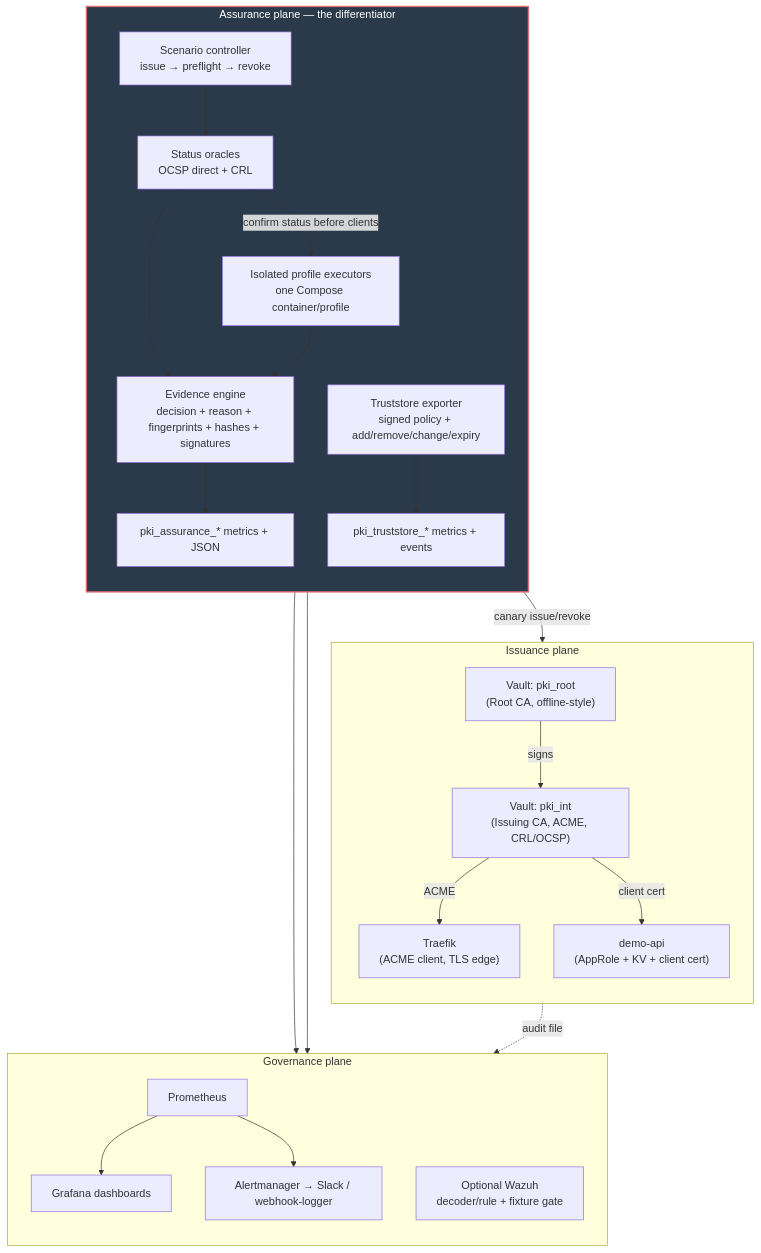
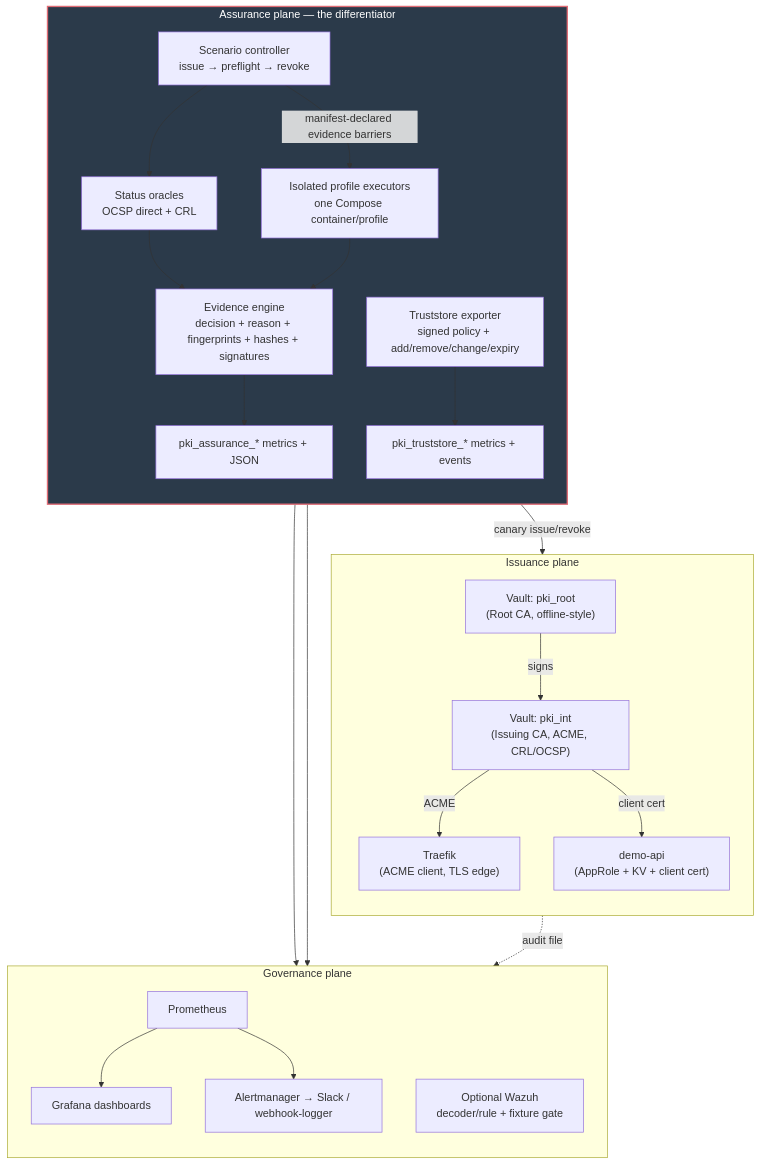
One commit to ahpxna/pki-sentinel changed the diagram in docs/architecture.md. Above: the diagram before and after it, drawn with Mermaid. The commit also changed other lines of this file and 14 other files, not shown here.

````diff
--- a/docs/architecture.md
+++ b/docs/architecture.md
@@ -12,44 +12,44 @@
 ```mermaid
 flowchart TB
   subgraph Issuance["Issuance plane"]
     direction TB
     RootCA["Vault: pki_root<br/>(Root CA, offline-style)"]
     IntCA["Vault: pki_int<br/>(Issuing CA, ACME, CRL/OCSP)"]
     Traefik["Traefik<br/>(ACME client, TLS edge)"]
     DemoAPI["demo-api<br/>(AppRole + KV + client cert)"]
     RootCA -->|signs| IntCA
     IntCA -->|ACME| Traefik
     IntCA -->|client cert| DemoAPI
   end
 
   subgraph Assurance["Assurance plane — the differentiator"]
     direction TB
     Controller["Scenario controller<br/>issue → preflight → revoke"]
     Oracle["Status oracles<br/>OCSP direct + CRL"]
     Clients["Isolated profile executors<br/>one Compose container/profile"]
     Evidence["Evidence engine<br/>decision + reason + fingerprints + hashes + signatures"]
     Drift["Truststore exporter<br/>signed policy + add/remove/change/expiry"]
     Controller -->|canary issue/revoke| IntCA
     Controller --> Oracle
-    Oracle -->|confirm status before clients| Clients
+    Controller -->|manifest-declared evidence barriers| Clients
     Oracle --> Evidence
     Clients --> Evidence
     Evidence --> Metrics1["pki_assurance_* metrics + JSON"]
     Drift --> Metrics2["pki_truststore_* metrics + events"]
   end
 
   subgraph Governance["Governance plane"]
     direction TB
     Prom["Prometheus"]
     Grafana["Grafana dashboards"]
     Alertmanager["Alertmanager → Slack / webhook-logger"]
     Wazuh["Optional Wazuh<br/>decoder/rule + fixture gate"]
     Metrics1 --> Prom
     Metrics2 --> Prom
     Prom --> Grafana
     Prom --> Alertmanager
     IntCA -.->|audit file| Wazuh
   end
 
   style Assurance fill:#2b3a4a,stroke:#e06c75,stroke-width:2px,color:#fff
 ```
````
